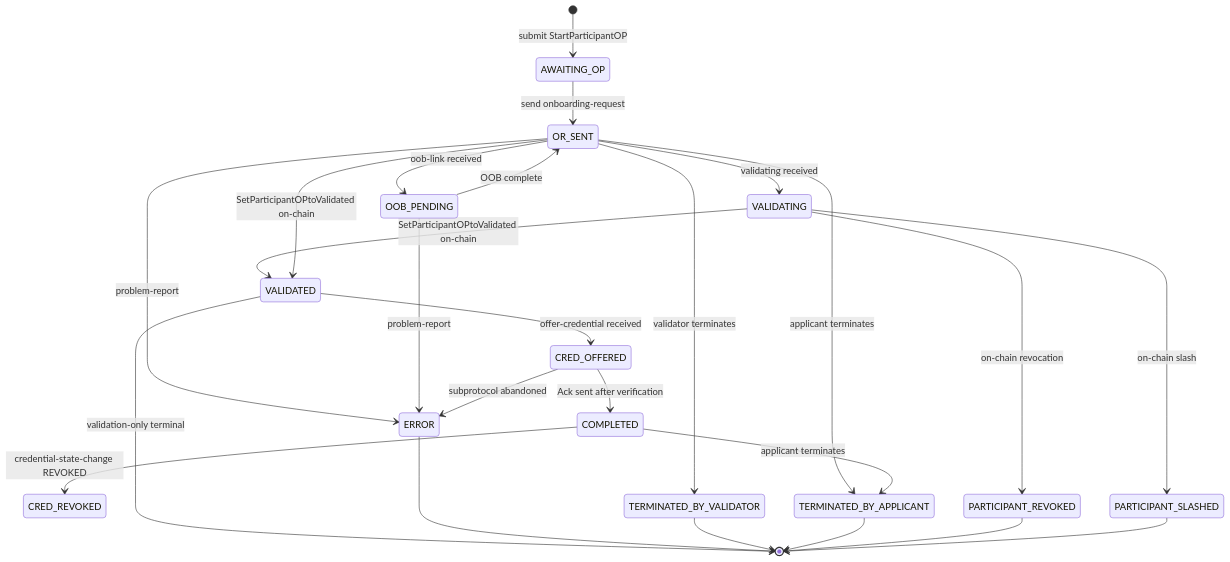
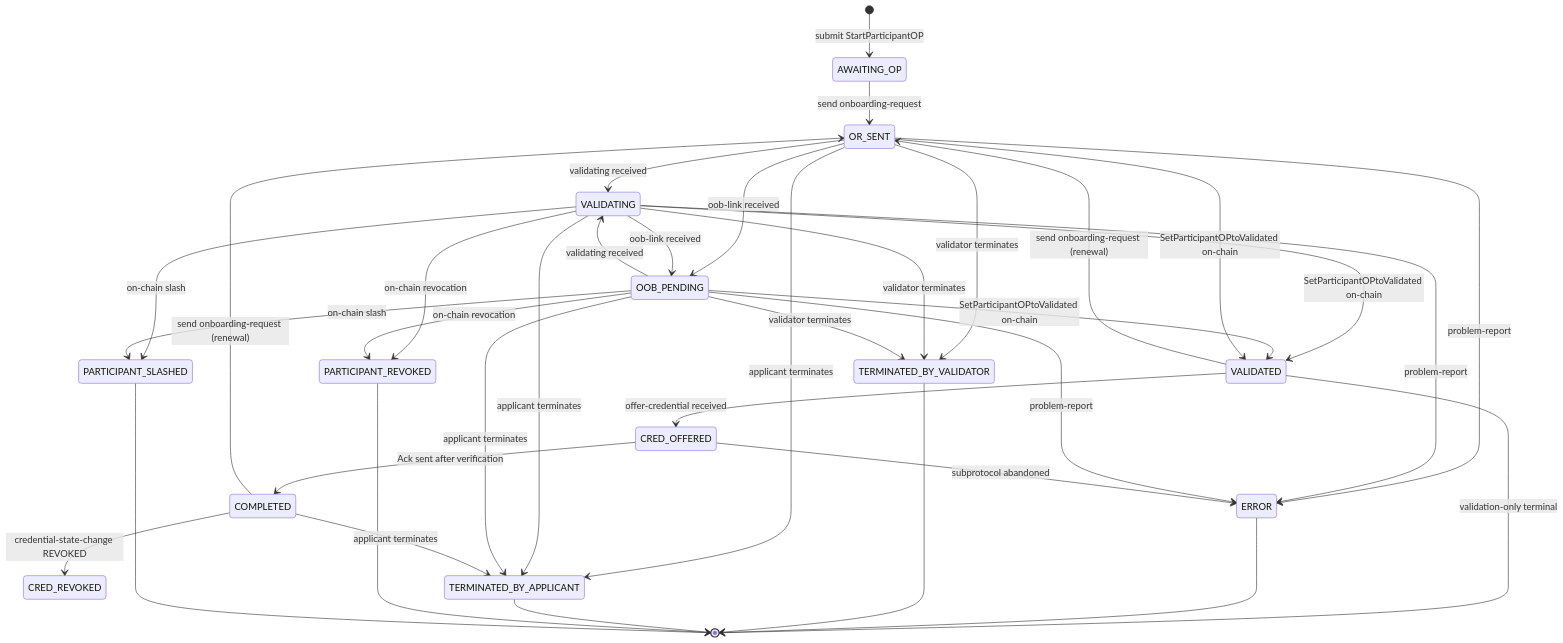
The first of 4 diagrams in v4/vt-flow-protocol/spec.md (verana-labs/verana-spec), drawn with Mermaid before and after one commit. The commit also changed other lines of this file and 2 other files, not shown here.

Commit message:
feat(vs-agent, vt-flow): validator-side gates of the onboarding flow (#98)

````diff
--- a/v4/vt-flow-protocol/spec.md
+++ b/v4/vt-flow-protocol/spec.md
@@ -439,30 +442,41 @@
 ```mermaid
 stateDiagram-v2
     direction TB
     [*] --> AWAITING_OP: submit StartParticipantOP
     AWAITING_OP --> OR_SENT: send onboarding-request
+    COMPLETED --> OR_SENT: send onboarding-request (renewal)
+    VALIDATED --> OR_SENT: send onboarding-request (renewal)
+    OR_SENT --> VALIDATING: validating received
     OR_SENT --> OOB_PENDING: oob-link received
-    OOB_PENDING --> OR_SENT: OOB complete
-    OR_SENT --> VALIDATING: validating received
+    VALIDATING --> OOB_PENDING: oob-link received
+    OOB_PENDING --> VALIDATING: validating received
     VALIDATING --> VALIDATED: SetParticipantOPtoValidated on-chain
+    OOB_PENDING --> VALIDATED: SetParticipantOPtoValidated on-chain
     OR_SENT --> VALIDATED: SetParticipantOPtoValidated on-chain
     VALIDATED --> CRED_OFFERED: offer-credential received
     CRED_OFFERED --> COMPLETED: Ack sent after verification
 
     VALIDATED --> [*]: validation-only terminal
     COMPLETED --> CRED_REVOKED: credential-state-change REVOKED
 
     OR_SENT --> ERROR: problem-report
+    VALIDATING --> ERROR: problem-report
     OOB_PENDING --> ERROR: problem-report
     CRED_OFFERED --> ERROR: subprotocol abandoned
     OR_SENT --> TERMINATED_BY_VALIDATOR: validator terminates
+    VALIDATING --> TERMINATED_BY_VALIDATOR: validator terminates
+    OOB_PENDING --> TERMINATED_BY_VALIDATOR: validator terminates
     VALIDATING --> PARTICIPANT_REVOKED: on-chain revocation
     VALIDATING --> PARTICIPANT_SLASHED: on-chain slash
+    OOB_PENDING --> PARTICIPANT_REVOKED: on-chain revocation
+    OOB_PENDING --> PARTICIPANT_SLASHED: on-chain slash
     OR_SENT --> TERMINATED_BY_APPLICANT: applicant terminates
+    VALIDATING --> TERMINATED_BY_APPLICANT: applicant terminates
+    OOB_PENDING --> TERMINATED_BY_APPLICANT: applicant terminates
     COMPLETED --> TERMINATED_BY_APPLICANT: applicant terminates
     ERROR --> [*]
     TERMINATED_BY_VALIDATOR --> [*]
     TERMINATED_BY_APPLICANT --> [*]
     PARTICIPANT_REVOKED --> [*]
     PARTICIPANT_SLASHED --> [*]
 ```
````
